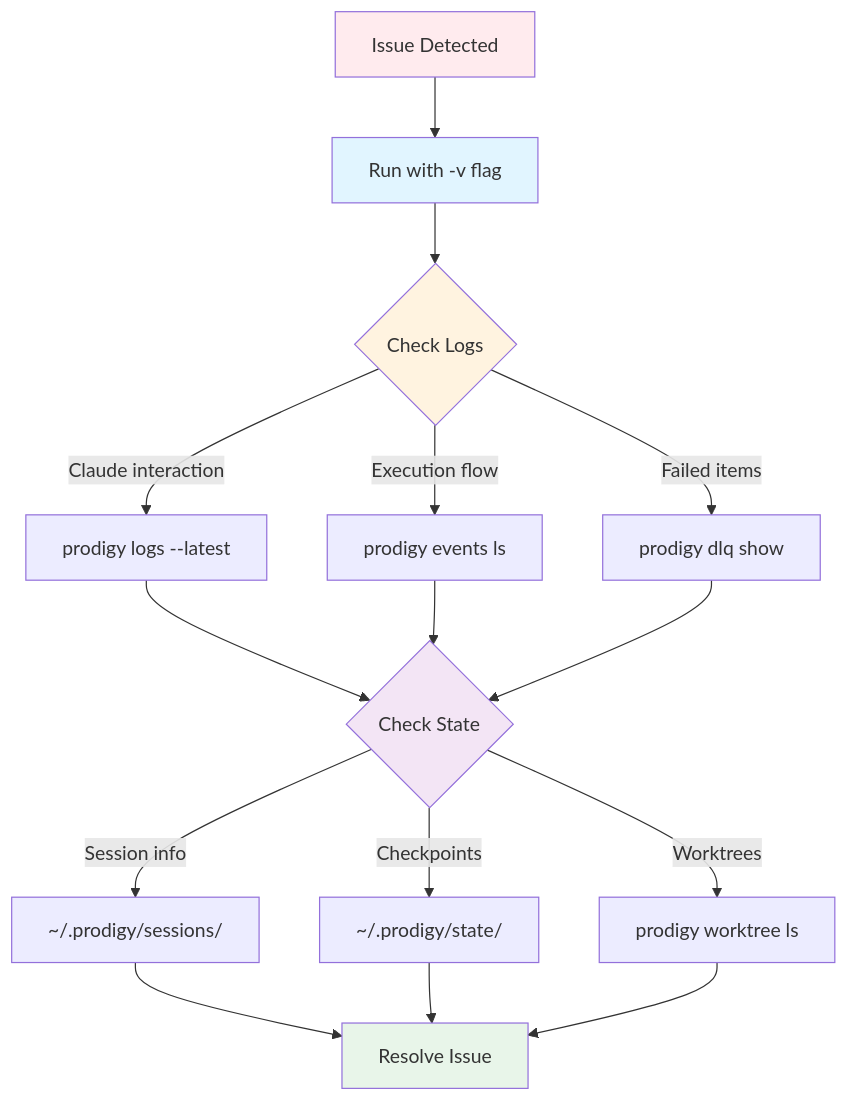
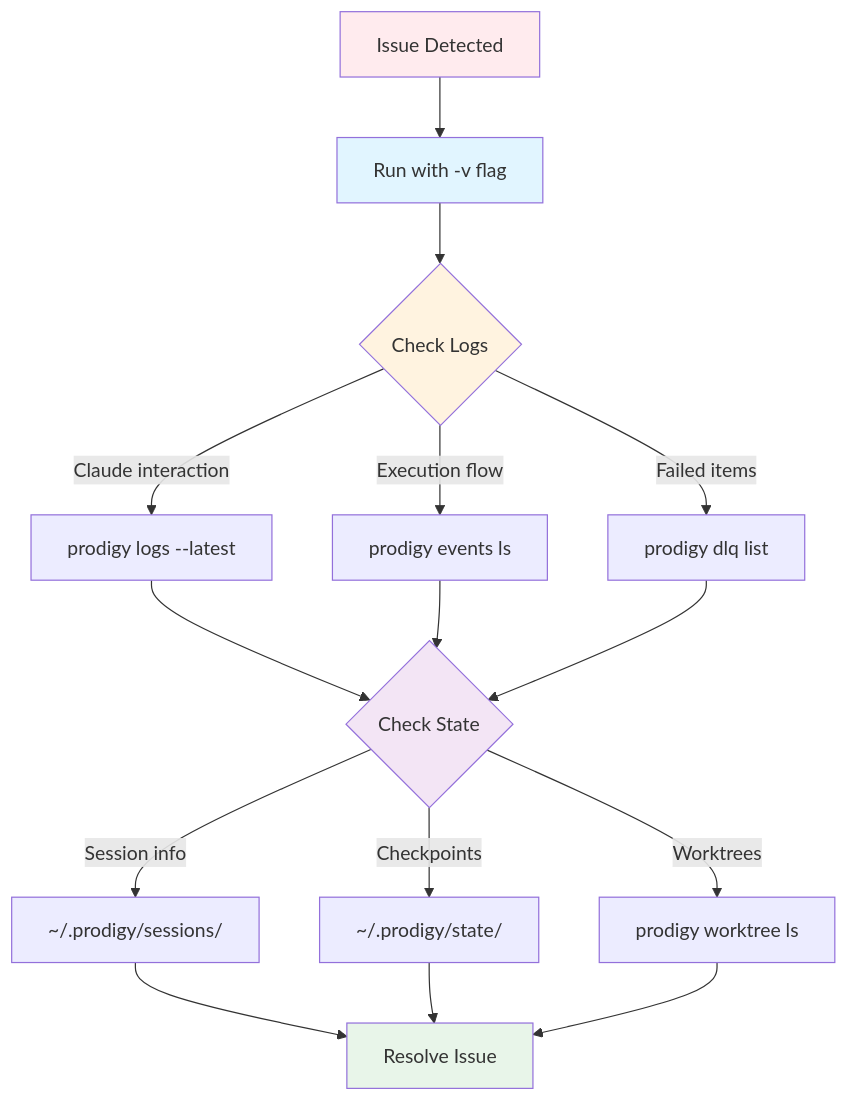
The diagram in docs/reference/troubleshooting.md (iepathos/prodigy), drawn with Mermaid before and after one commit. The commit also changed other lines of this file, not shown here.

First line of the commit message:
docs: fix DLQ command syntax in troubleshooting reference

````diff
--- a/docs/reference/troubleshooting.md
+++ b/docs/reference/troubleshooting.md
@@ -9,27 +9,27 @@
 ```mermaid
 flowchart TD
     Start[Issue Detected] --> Verbose[Run with -v flag]
     Verbose --> Logs{Check Logs}
 
     Logs -->|Claude interaction| ClaudeLogs[prodigy logs --latest]
     Logs -->|Execution flow| Events[prodigy events ls]
-    Logs -->|Failed items| DLQ[prodigy dlq show]
+    Logs -->|Failed items| DLQ[prodigy dlq list]
 
     ClaudeLogs --> State{Check State}
     Events --> State
     DLQ --> State
 
     State -->|Session info| Sessions[~/.prodigy/sessions/]
     State -->|Checkpoints| Checkpoints[~/.prodigy/state/]
     State -->|Worktrees| Worktrees[prodigy worktree ls]
 
     Sessions --> Resolve[Resolve Issue]
     Checkpoints --> Resolve
     Worktrees --> Resolve
 
     style Start fill:#ffebee
     style Verbose fill:#e1f5ff
     style Logs fill:#fff3e0
     style State fill:#f3e5f5
     style Resolve fill:#e8f5e9
 ```
````
